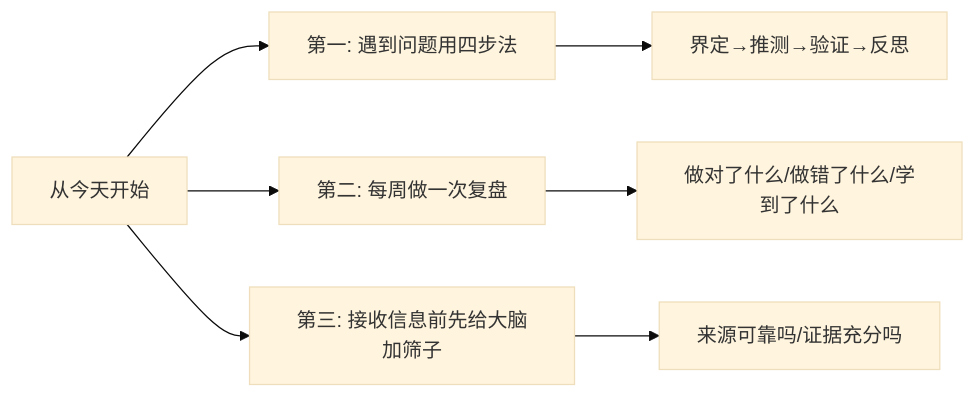
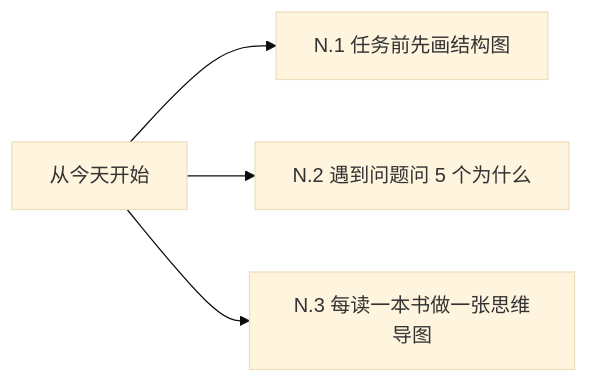
The seventh of 7 diagrams in 10.打工充平常记录/10.自我精进七课/07.底层思维的训练/7.6思考能力的提升.md (chongyang211/YCBookBlog), drawn with Mermaid (base theme) before and after one commit. The commit also changed other lines of this file and 55 other files, not shown here.

````diff
--- a/10.打工充平常记录/10.自我精进七课/07.底层思维的训练/7.6思考能力的提升.md
+++ b/10.打工充平常记录/10.自我精进七课/07.底层思维的训练/7.6思考能力的提升.md
@@ -377,9 +299,6 @@
 ```mermaid
 graph LR
-    A[从今天开始] --> B[第一: 遇到问题用四步法]
-    A --> C[第二: 每周做一次复盘]
-    A --> D[第三: 接收信息前先给大脑加筛子]
-    B --> B1[界定→推测→验证→反思]
-    C --> C1[做对了什么/做错了什么/学到了什么]
-    D --> D1[来源可靠吗/证据充分吗]
+    A[从今天开始] --> B[N.1 任务前先画结构图]
+    A --> C[N.2 遇到问题问 5 个为什么]
+    A --> D[N.3 每读一本书做一张思维导图]
 ```
````
